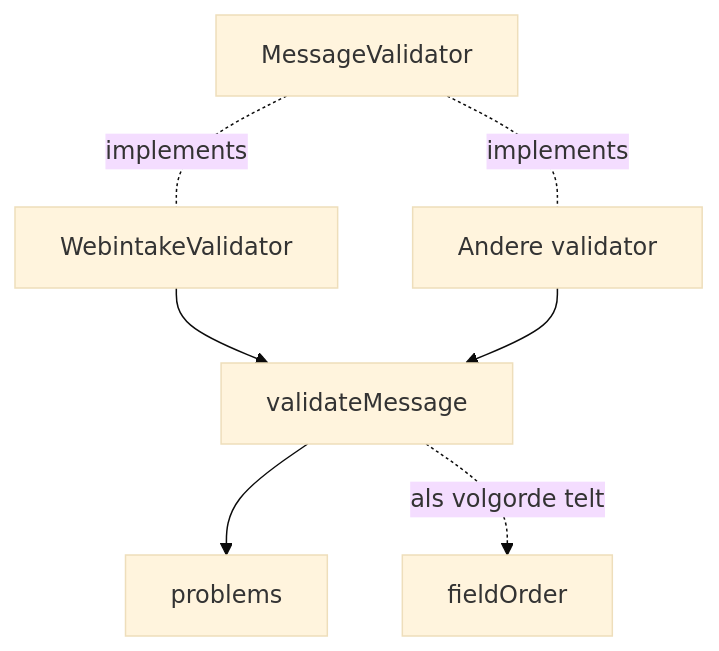
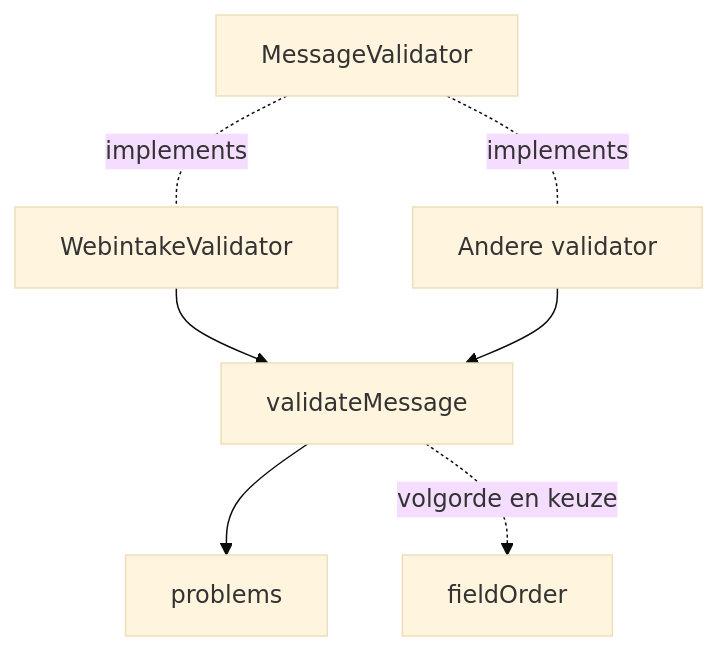
Before and after one commit to GemeenteNijmegen/aanvragen-sociaal-domein: the diagram in src/validate/README.md, drawn with Mermaid (base theme). The commit also changed other lines of this file and 3 other files, not shown here.

````diff
--- a/src/validate/README.md
+++ b/src/validate/README.md
@@ -31,9 +31,9 @@
 ```mermaid
 flowchart TD
     I[MessageValidator] -.-|implements| W[WebintakeValidator]
     I -.-|implements| N[Andere validator]
     W --> M[validateMessage]
     N --> M
     M --> P[problems]
-    M -.->|als volgorde telt| O[fieldOrder]
+    M -.->|volgorde en keuze| O[fieldOrder]
 ```
````
